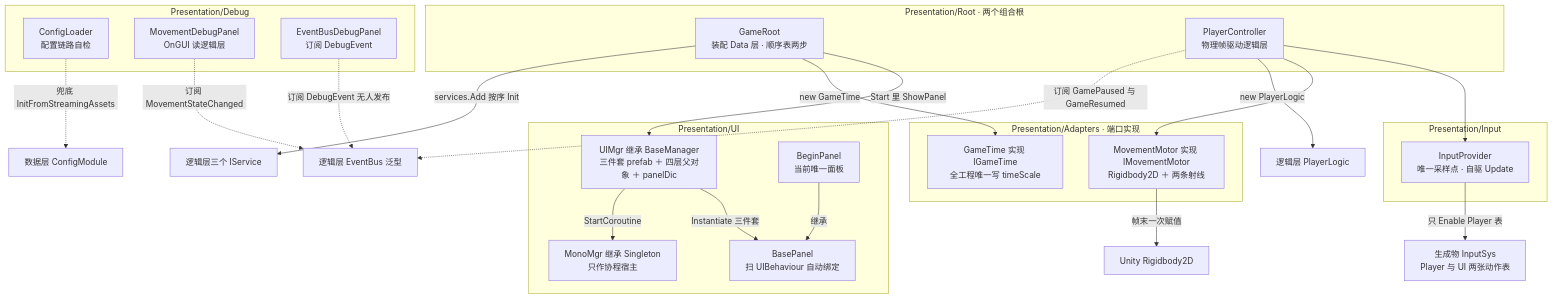
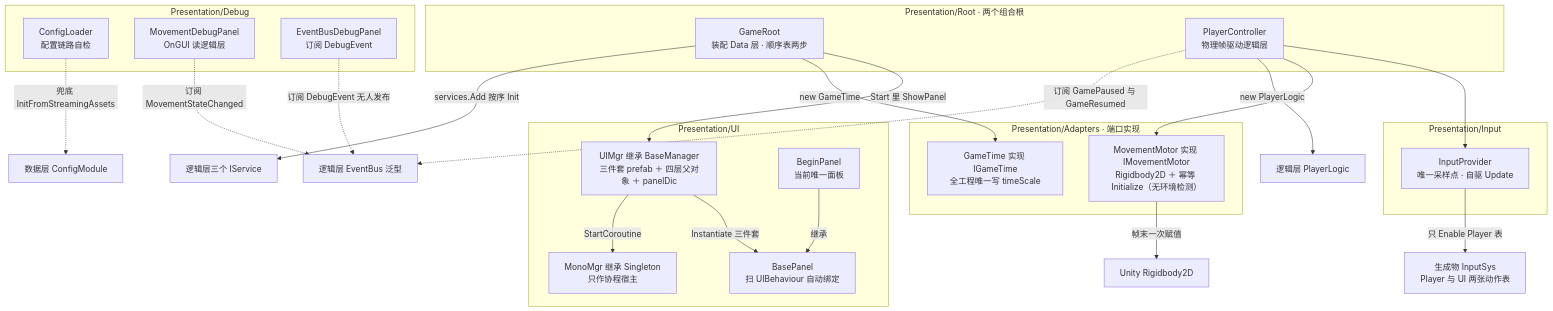
Before and after one commit to 5FYZhou/deepseaoil: the fourth of 16 diagrams in Docs/架构图集.md, drawn with Mermaid. The commit also changed other lines of this file and 47 other files, not shown here.

````diff
--- a/Docs/架构图集.md
+++ b/Docs/架构图集.md
@@ -185,46 +189,46 @@
 ```mermaid
 flowchart TD
   subgraph ROOT["Presentation/Root · 两个组合根"]
     GR["GameRoot<br/>装配 Data 层 · 顺序表两步"]
     PC["PlayerController<br/>物理帧驱动逻辑层"]
   end
   subgraph ADP["Presentation/Adapters · 端口实现"]
-    MM["MovementMotor 实现 IMovementMotor<br/>Rigidbody2D ＋ 两条射线"]
+    MM["MovementMotor 实现 IMovementMotor<br/>Rigidbody2D ＋ 幂等 Initialize（无环境检测）"]
     GT["GameTime 实现 IGameTime<br/>全工程唯一写 timeScale"]
   end
   subgraph PIN["Presentation/Input"]
     IP["InputProvider<br/>唯一采样点 · 自驱 Update"]
   end
   subgraph UIG["Presentation/UI"]
     UM["UIMgr 继承 BaseManager<br/>三件套 prefab ＋ 四层父对象 ＋ panelDic"]
     BP["BasePanel<br/>扫 UIBehaviour 自动绑定"]
     BG["BeginPanel<br/>当前唯一面板"]
     MMR["MonoMgr 继承 Singleton<br/>只作协程宿主"]
   end
   subgraph DBG["Presentation/Debug"]
     CL["ConfigLoader<br/>配置链路自检"]
     MDP["MovementDebugPanel<br/>OnGUI 读逻辑层"]
     EBP["EventBusDebugPanel<br/>订阅 DebugEvent"]
   end
   ISY["生成物 InputSys<br/>Player 与 UI 两张动作表"]
   CM2["数据层 ConfigModule"]
   EBS["逻辑层 EventBus 泛型"]
   PL2["逻辑层 PlayerLogic"]
   SVC2["逻辑层三个 IService"]
   RB["Unity Rigidbody2D"]
   GR -->|"Start 里 ShowPanel"| UM
   GR -->|"new GameTime"| GT
   GR -->|"services.Add 按序 Init"| SVC2
   PC --> IP
   PC --> MM
   PC -->|"new PlayerLogic"| PL2
   PC -.->|"订阅 GamePaused 与 GameResumed"| EBS
   UM -->|"Instantiate 三件套"| BP
   BG -->|"继承"| BP
   UM -->|"StartCoroutine"| MMR
   IP -->|"只 Enable Player 表"| ISY
   MM -->|"帧末一次赋值"| RB
   MDP -.->|"订阅 MovementStateChanged"| EBS
   EBP -.->|"订阅 DebugEvent 无人发布"| EBS
   CL -.->|"兜底 InitFromStreamingAssets"| CM2
 ```
````
